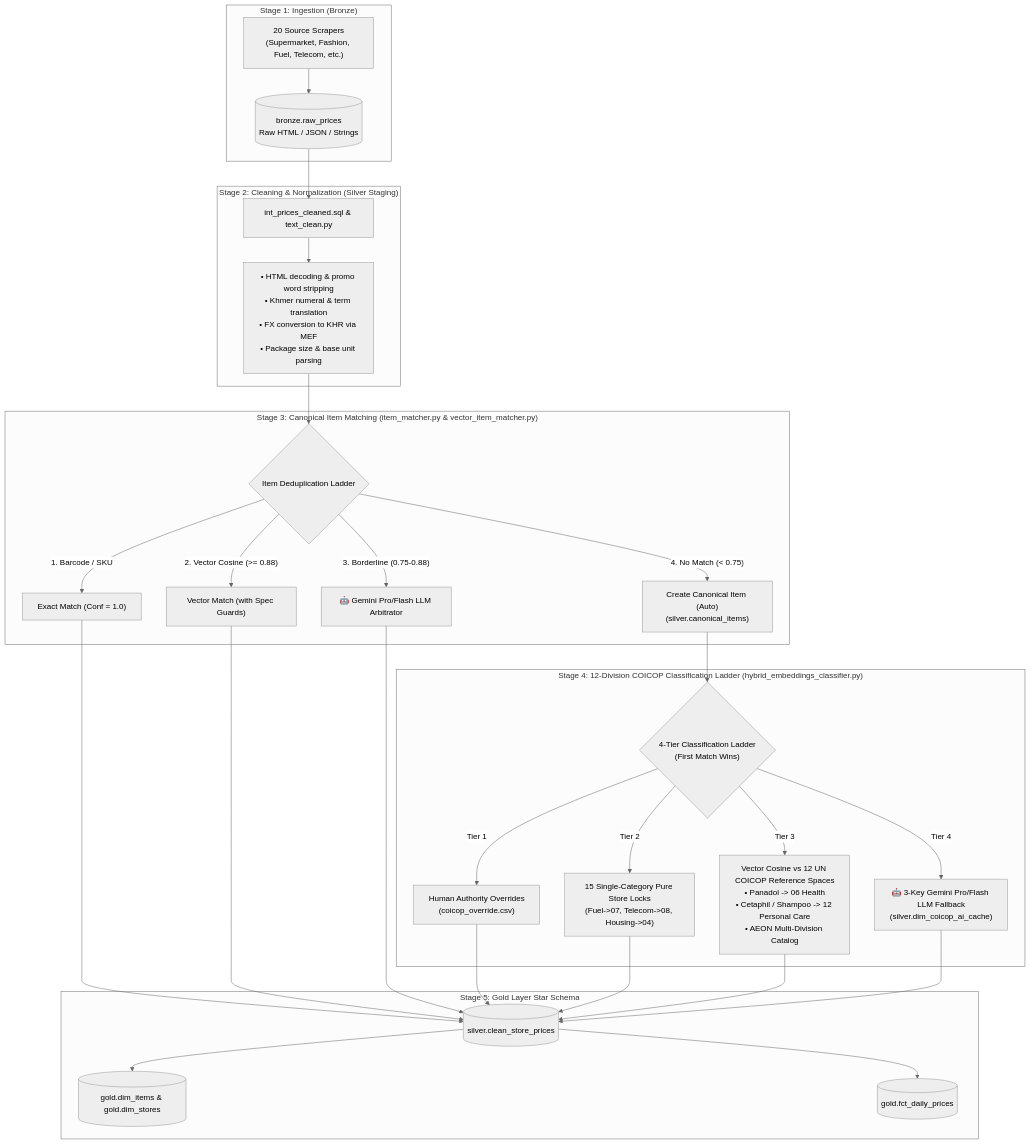
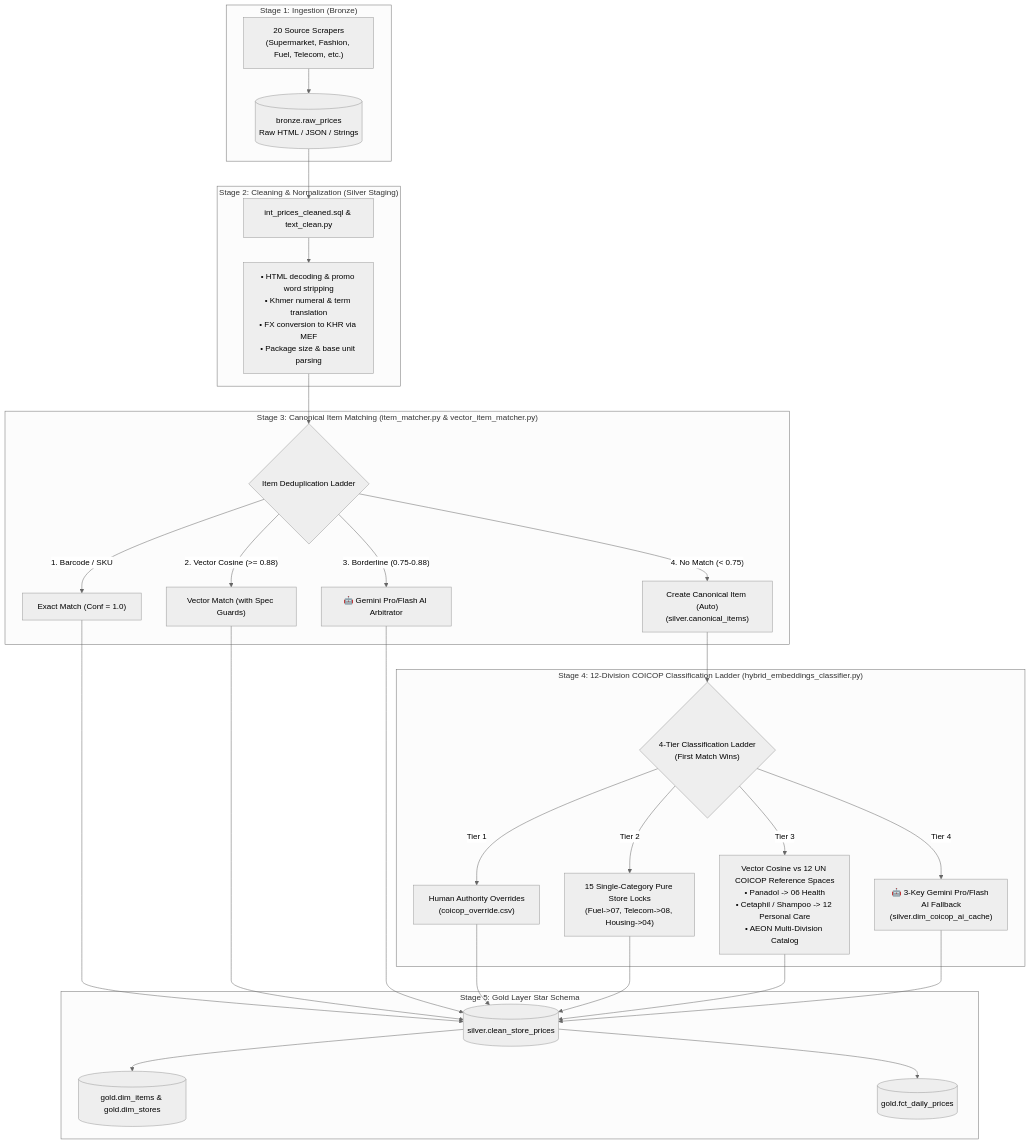
The diagram in docs/PRODUCT_CLASSIFICATION_WORKFLOW.md (Korngmeng-Taing/Cambodia-cpi-pipeline), drawn with Mermaid (neutral theme) before and after one commit. The commit also changed other lines of this file and 26 other files, not shown here.

````diff
--- a/docs/PRODUCT_CLASSIFICATION_WORKFLOW.md
+++ b/docs/PRODUCT_CLASSIFICATION_WORKFLOW.md
@@ -14,33 +14,33 @@
 ```mermaid
 flowchart TD
     subgraph S1["Stage 1: Ingestion (Bronze)"]
         A["20 Source Scrapers\n(Supermarket, Fashion, Fuel, Telecom, etc.)"] --> B[("bronze.raw_prices\nRaw HTML / JSON / Strings")]
     end
 
     subgraph S2["Stage 2: Cleaning & Normalization (Silver Staging)"]
         B --> C["int_prices_cleaned.sql & text_clean.py"]
         C --> C1["• HTML decoding & promo word stripping\n• Khmer numeral & term translation\n• FX conversion to KHR via MEF\n• Package size & base unit parsing"]
     end
 
     subgraph S3["Stage 3: Canonical Item Matching (item_matcher.py & vector_item_matcher.py)"]
         C1 --> D{"Item Deduplication Ladder"}
         D -- "1. Barcode / SKU" --> E["Exact Match (Conf = 1.0)"]
         D -- "2. Vector Cosine (>= 0.88)" --> F["Vector Match (with Spec Guards)"]
-        D -- "3. Borderline (0.75-0.88)" --> F1["🤖 Gemini Pro/Flash LLM Arbitrator"]
+        D -- "3. Borderline (0.75-0.88)" --> F1["🤖 Gemini Pro/Flash AI Arbitrator"]
         D -- "4. No Match (< 0.75)" --> G["Create Canonical Item (Auto)\n(silver.canonical_items)"]
     end
 
     subgraph S4["Stage 4: 12-Division COICOP Classification Ladder (hybrid_embeddings_classifier.py)"]
         G --> H{"4-Tier Classification Ladder\n(First Match Wins)"}
         H -- "Tier 1" --> I["Human Authority Overrides\n(coicop_override.csv)"]
         H -- "Tier 2" --> I2["15 Single-Category Pure Store Locks\n(Fuel->07, Telecom->08, Housing->04)"]
         H -- "Tier 3" --> J["Vector Cosine vs 12 UN COICOP Reference Spaces\n• Panadol -> 06 Health\n• Cetaphil / Shampoo -> 12 Personal Care\n• AEON Multi-Division Catalog"]
-        H -- "Tier 4" --> M["🤖 3-Key Gemini Pro/Flash LLM Fallback\n(silver.dim_coicop_ai_cache)"]
+        H -- "Tier 4" --> M["🤖 3-Key Gemini Pro/Flash AI Fallback\n(silver.dim_coicop_ai_cache)"]
     end
 
     subgraph S7["Stage 5: Gold Layer Star Schema"]
         E & F & F1 & I & I2 & J & M --> T[("silver.clean_store_prices")]
         T --> U[("gold.dim_items & gold.dim_stores")]
         T --> V[("gold.fct_daily_prices")]
     end
 ```
````
